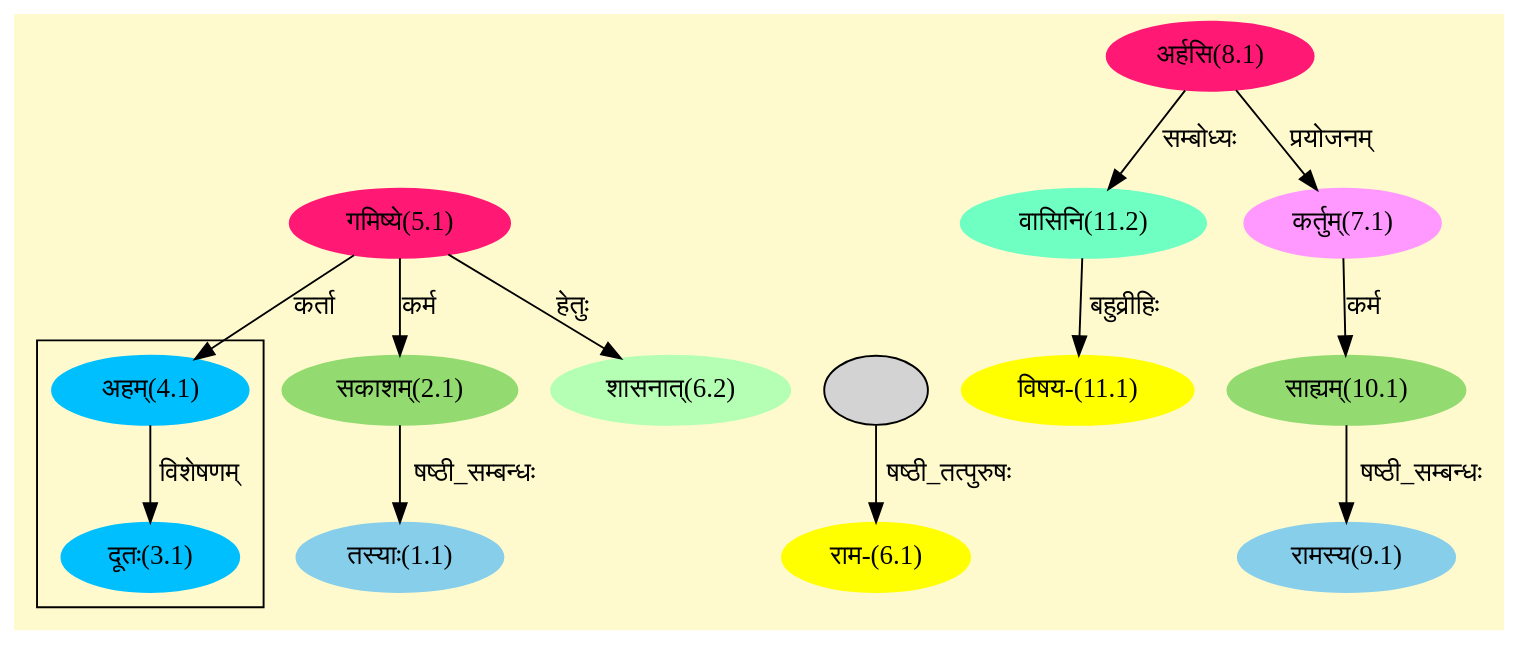
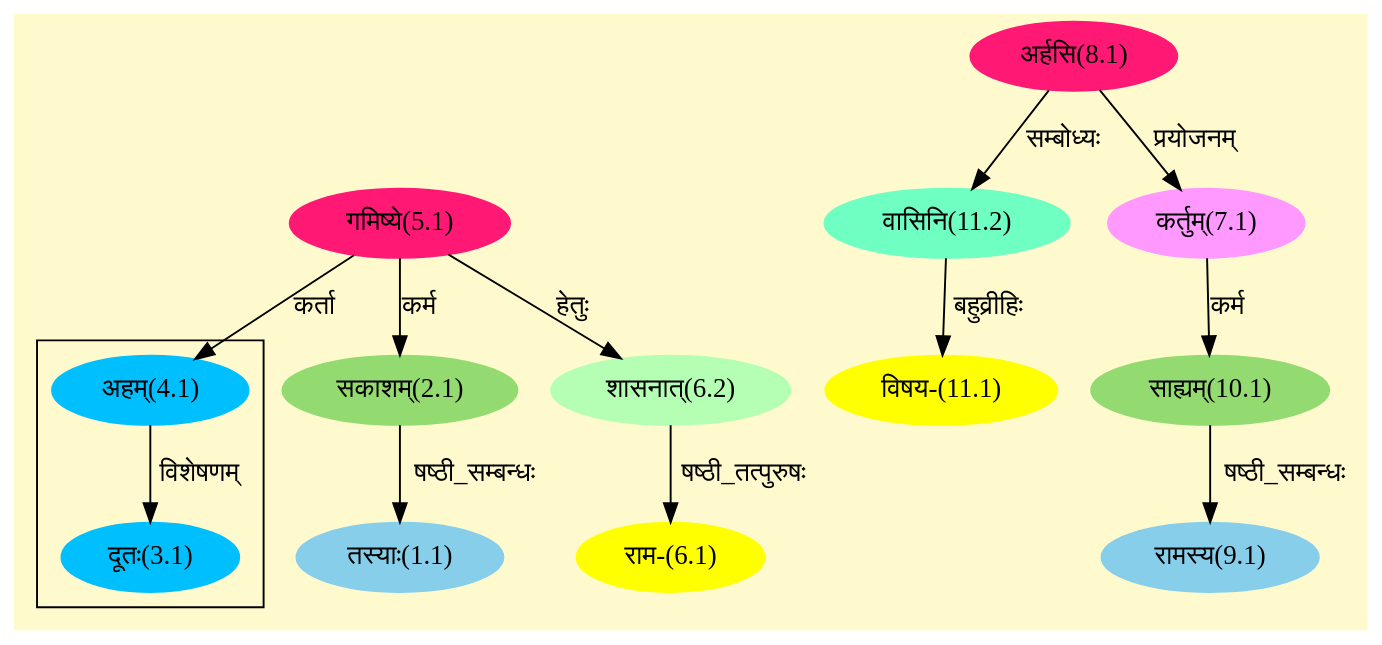
One commit to amarranjan1/skd.github.io changed the diagram in assets/graphs/01_147_1.dot. Above: the diagram before and after it, drawn with Graphviz. The commit also changed 258 other files, not shown here.

```diff
--- a/assets/graphs/01_147_1.dot
+++ b/assets/graphs/01_147_1.dot
@@ -1,38 +1,37 @@
 digraph G{
 rankdir=BT;
  compound=true;
  bgcolor="lemonchiffon1";
 
 subgraph cluster_1{
 Node3_1 [style=filled, color="#00BFFF" label = "दूतः(3.1)"]
 Node4_1 [style=filled, color="#00BFFF" label = "अहम्(4.1)"]
 
 }
 Node1_1 [style=filled, color="#87CEEB" label = "तस्याः(1.1)"]
 Node2_1 [style=filled, color="#93DB70" label = "सकाशम्(2.1)"]
 Node5_1 [style=filled, color="#FF1975" label = "गमिष्ये(5.1)"]
 Node4_1 [style=filled, color="#00BFFF" label = "अहम्(4.1)"]
 Node [style=filled, color="" label = "()"]
 Node6_1 [style=filled, color="#FFFF00" label = "राम-(6.1)"]
-Node5_2 [style=filled, color="" label = ""]
 Node6_2 [style=filled, color="#B4FFB4" label = "शासनात्(6.2)"]
 Node7_1 [style=filled, color="#FF99FF" label = "कर्तुम्(7.1)"]
 Node8_1 [style=filled, color="#FF1975" label = "अर्हसि(8.1)"]
 Node9_1 [style=filled, color="#87CEEB" label = "रामस्य(9.1)"]
 Node10_1 [style=filled, color="#93DB70" label = "साह्यम्(10.1)"]
 Node11_1 [style=filled, color="#FFFF00" label = "विषय-(11.1)"]
 Node11_2 [style=filled, color="#6FFFC3" label = "वासिनि(11.2)"]
 /* Start of Relations section */
 
 Node1_1 -> Node2_1 [  label="षष्ठी_सम्बन्धः"  dir="back" ]
 Node2_1 -> Node5_1 [  label="कर्म"  dir="back" ]
 Node3_1 -> Node4_1 [  label="विशेषणम्"  dir="back" ]
 Node4_1 -> Node5_1 [  label="कर्ता"  dir="back" ]
-Node6_1 -> Node5_2 [  label="षष्ठी_तत्पुरुषः"  dir="back" ]
+Node6_1 -> Node6_2 [  label="षष्ठी_तत्पुरुषः"  dir="back" ]
 Node6_2 -> Node5_1 [  label="हेतुः"  dir="back" ]
 Node7_1 -> Node8_1 [  label="प्रयोजनम्"  dir="back" ]
 Node9_1 -> Node10_1 [  label="षष्ठी_सम्बन्धः"  dir="back" ]
 Node10_1 -> Node7_1 [  label="कर्म"  dir="back" ]
 Node11_1 -> Node11_2 [  label="बहुव्रीहिः"  dir="back" ]
 Node11_2 -> Node8_1 [  label="सम्बोध्यः"  dir="back" ]
 }
```
